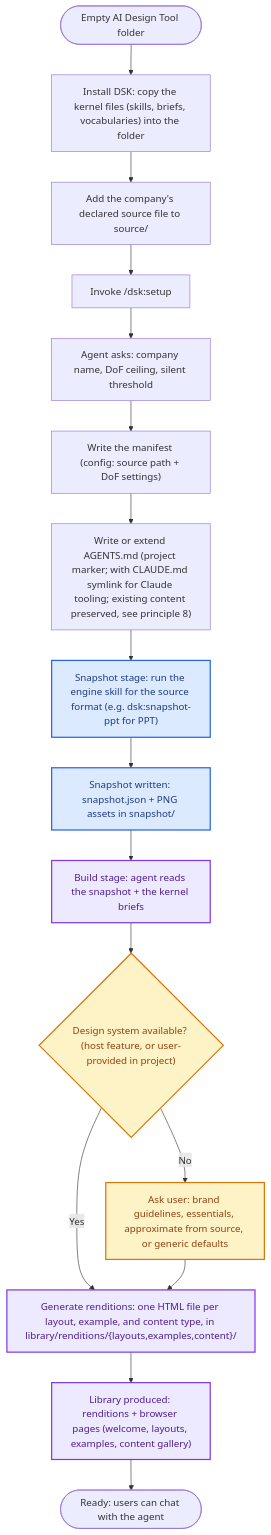
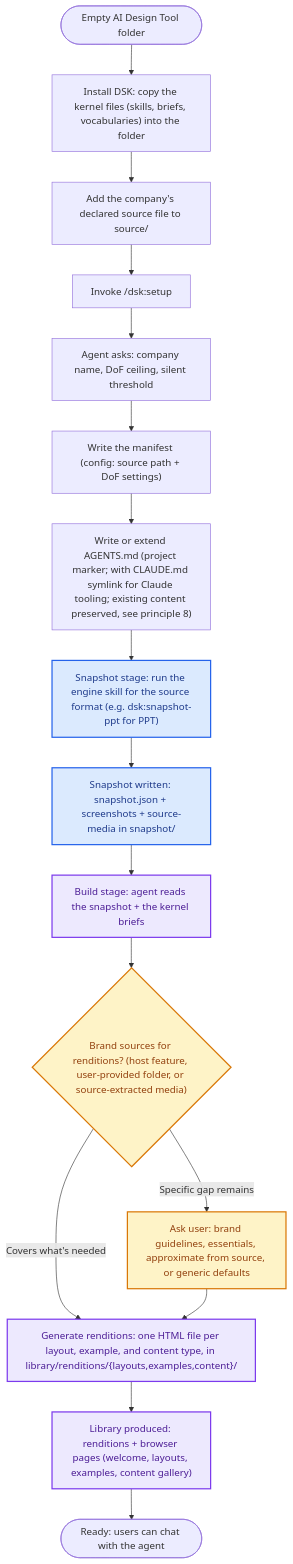
The second of 5 diagrams in dsk/skills/context/lifecycles.md (dawid-dahl-umain/design-system-kernel), drawn with Mermaid before and after one commit. The commit also changed 1 other file, not shown here.

Commit message:
Update setup-lifecycle diagram to reflect 0.5.0 schema additions: snapshot output now includes source-media alongside snapshot.json and screenshots; build's brand-source decision now lists host feature, user-provided folder, and source-extracted media as the three resolution levels before falling back to ask-the-user (bump 0.5.1)

````diff
--- a/dsk/skills/context/lifecycles.md
+++ b/dsk/skills/context/lifecycles.md
@@ -56,25 +56,25 @@
 ```mermaid
 flowchart TD
     Start([Empty AI Design Tool folder]) --> InstallKernel["Install DSK: copy the kernel files (skills, briefs, vocabularies) into the folder"]
     InstallKernel --> AddSource["Add the company's declared source file to source/"]
     AddSource --> RunSetup["Invoke /dsk:setup"]
     RunSetup --> AskConfig["Agent asks: company name, DoF ceiling, silent threshold"]
     AskConfig --> WriteManifest["Write the manifest (config: source path + DoF settings)"]
     WriteManifest --> WriteAgentsMd["Write or extend AGENTS.md (project marker; with CLAUDE.md symlink for Claude tooling; existing content preserved, see principle 8)"]
     WriteAgentsMd --> RunSnapshot["Snapshot stage: run the engine skill for the source format (e.g. dsk:snapshot-ppt for PPT)"]
-    RunSnapshot --> SnapshotWritten["Snapshot written: snapshot.json + PNG assets in snapshot/"]
+    RunSnapshot --> SnapshotWritten["Snapshot written: snapshot.json + screenshots + source-media in snapshot/"]
     SnapshotWritten --> Build["Build stage: agent reads the snapshot + the kernel briefs"]
-    Build --> CheckDS{"Design system available? (host feature, or user-provided in project)"}
-    CheckDS -->|Yes| Renditions["Generate renditions: one HTML file per layout, example, and content type, in library/renditions/{layouts,examples,content}/"]
-    CheckDS -->|No| AskUser["Ask user: brand guidelines, essentials, approximate from source, or generic defaults"]
+    Build --> CheckDS{"Brand sources for renditions? (host feature, user-provided folder, or source-extracted media)"}
+    CheckDS -->|Covers what's needed| Renditions["Generate renditions: one HTML file per layout, example, and content type, in library/renditions/{layouts,examples,content}/"]
+    CheckDS -->|Specific gap remains| AskUser["Ask user: brand guidelines, essentials, approximate from source, or generic defaults"]
     AskUser --> Renditions
     Renditions --> LibraryProduced["Library produced: renditions + browser pages (welcome, layouts, examples, content gallery)"]
     LibraryProduced --> Ready([Ready: users can chat with the agent])
 
     classDef snapshotStage fill:#dbeafe,stroke:#2563eb,stroke-width:2px,color:#1e3a8a
     classDef buildStage    fill:#ede9fe,stroke:#7c3aed,stroke-width:2px,color:#4c1d95
     classDef clarify       fill:#fef3c7,stroke:#d97706,stroke-width:2px,color:#92400e
     class RunSnapshot,SnapshotWritten snapshotStage
     class Build,Renditions,LibraryProduced buildStage
     class CheckDS,AskUser clarify
 ```
````
